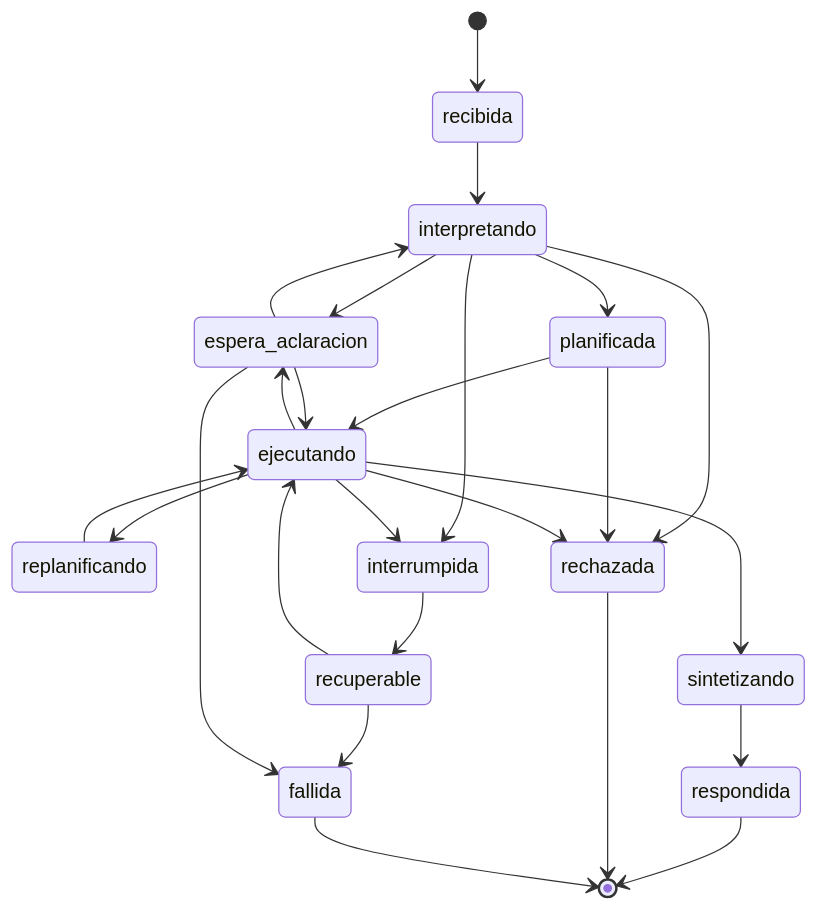
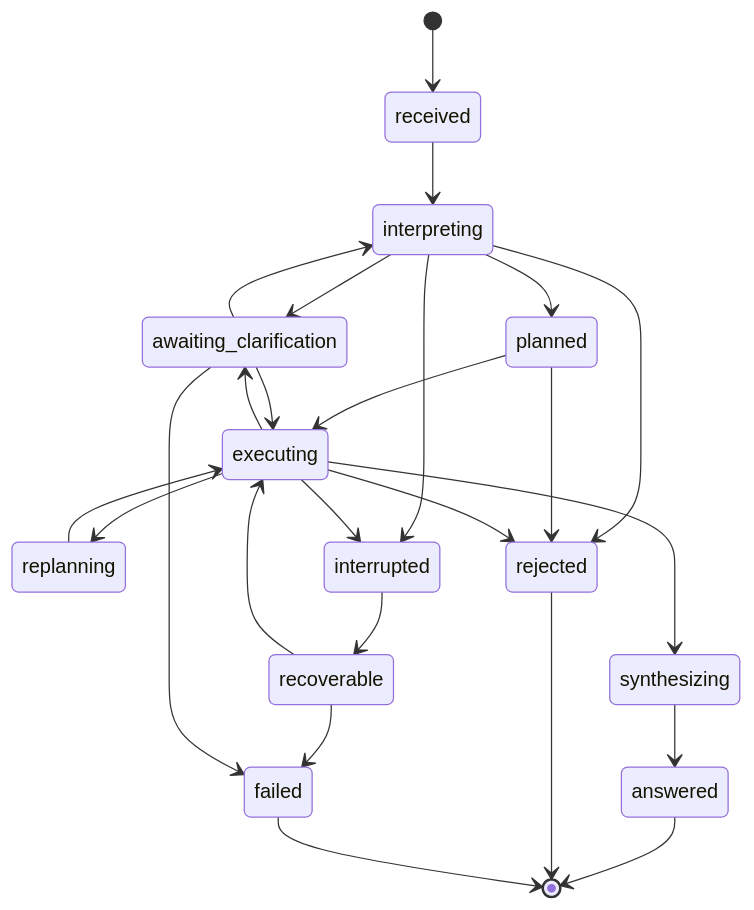
The first of 5 diagrams in docs/01_metodo_solucion.md (RamiroAlarconLasagno/querypilot), drawn with Mermaid before and after one commit. The commit also changed other lines of this file and 12 other files, not shown here.

````diff
--- a/docs/01_metodo_solucion.md
+++ b/docs/01_metodo_solucion.md
@@ -100,27 +100,27 @@
 ```mermaid
 stateDiagram-v2
-    [*] --> recibida
-    recibida --> interpretando
-    interpretando --> espera_aclaracion
-    espera_aclaracion --> interpretando
-    interpretando --> planificada
-    planificada --> ejecutando
-    ejecutando --> espera_aclaracion
-    espera_aclaracion --> ejecutando
-    ejecutando --> replanificando
-    replanificando --> ejecutando
-    ejecutando --> sintetizando
-    sintetizando --> respondida
-    interpretando --> rechazada
-    planificada --> rechazada
-    ejecutando --> rechazada
-    interpretando --> interrumpida
-    ejecutando --> interrumpida
-    interrumpida --> recuperable
-    recuperable --> ejecutando
-    recuperable --> fallida
-    espera_aclaracion --> fallida
-    respondida --> [*]
-    rechazada --> [*]
-    fallida --> [*]
+    [*] --> received
+    received --> interpreting
+    interpreting --> awaiting_clarification
+    awaiting_clarification --> interpreting
+    interpreting --> planned
+    planned --> executing
+    executing --> awaiting_clarification
+    awaiting_clarification --> executing
+    executing --> replanning
+    replanning --> executing
+    executing --> synthesizing
+    synthesizing --> answered
+    interpreting --> rejected
+    planned --> rejected
+    executing --> rejected
+    interpreting --> interrupted
+    executing --> interrupted
+    interrupted --> recoverable
+    recoverable --> executing
+    recoverable --> failed
+    awaiting_clarification --> failed
+    answered --> [*]
+    rejected --> [*]
+    failed --> [*]
 ```
````
